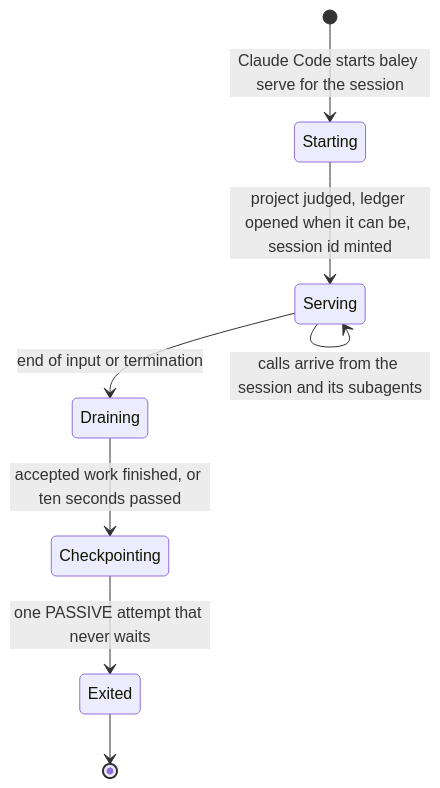
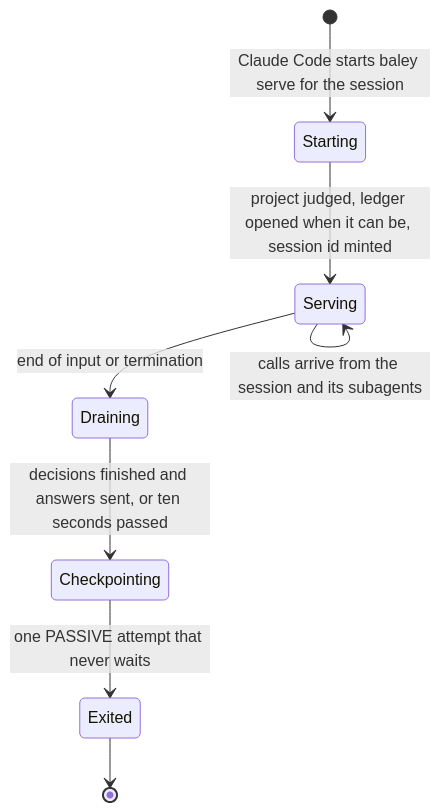
The first of 8 diagrams in docs/design/0012-host-interface.md (crenshawdev/baley), drawn with Mermaid before and after one commit. The commit also changed other lines of this file and 2 other files, not shown here.

First line of the commit message:
fix(mcp): wait for unsent answers before publishing drain

````diff
--- a/docs/design/0012-host-interface.md
+++ b/docs/design/0012-host-interface.md
@@ -257,10 +259,10 @@
 ```mermaid
 stateDiagram-v2
   [*] --> Starting: Claude Code starts baley serve for the session
   Starting --> Serving: project judged, ledger opened when it can be, session id minted
   Serving --> Serving: calls arrive from the session and its subagents
   Serving --> Draining: end of input or termination
-  Draining --> Checkpointing: accepted work finished, or ten seconds passed
+  Draining --> Checkpointing: decisions finished and answers sent, or ten seconds passed
   Checkpointing --> Exited: one PASSIVE attempt that never waits
   Exited --> [*]
 ```
````
